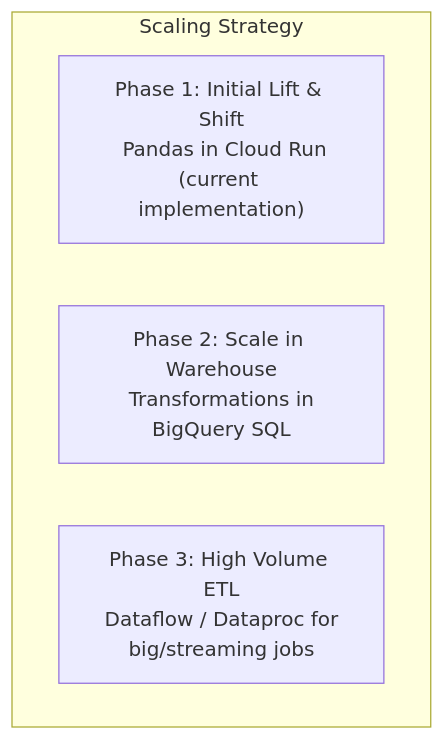
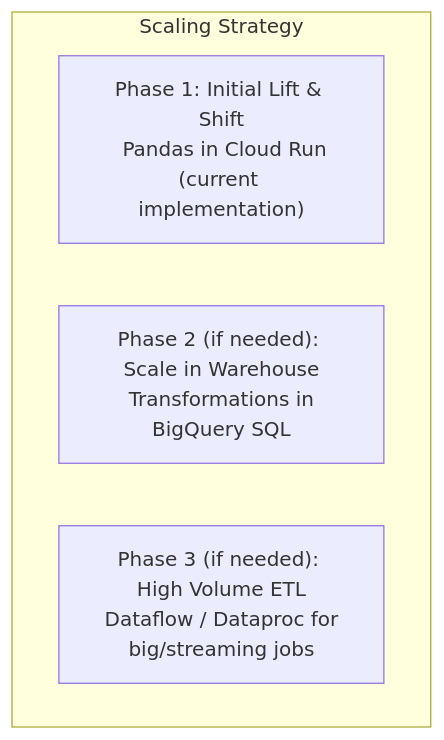
Before and after one commit to arthurlouieferrari-dot/supermarket-etl-gcp: the diagram in scaling_strategy.md, drawn with Mermaid.

````diff
--- a/scaling_strategy.md
+++ b/scaling_strategy.md
@@ -1,8 +1,8 @@
 ```mermaid
 flowchart TB
     subgraph Scale [Scaling Strategy]
         A["Phase 1: Initial Lift & Shift<br/> Pandas in Cloud Run<br/>(current implementation)"]
-        B["Phase 2: Scale in Warehouse<br/> Transformations in BigQuery SQL"]
-        C["Phase 3: High Volume ETL<br/> Dataflow / Dataproc for big/streaming jobs"]
+        B["Phase 2 (if needed): Scale in Warehouse<br/> Transformations in BigQuery SQL"]
+        C["Phase 3 (if needed): High Volume ETL<br/> Dataflow / Dataproc for big/streaming jobs"]
     end
 ```
````
